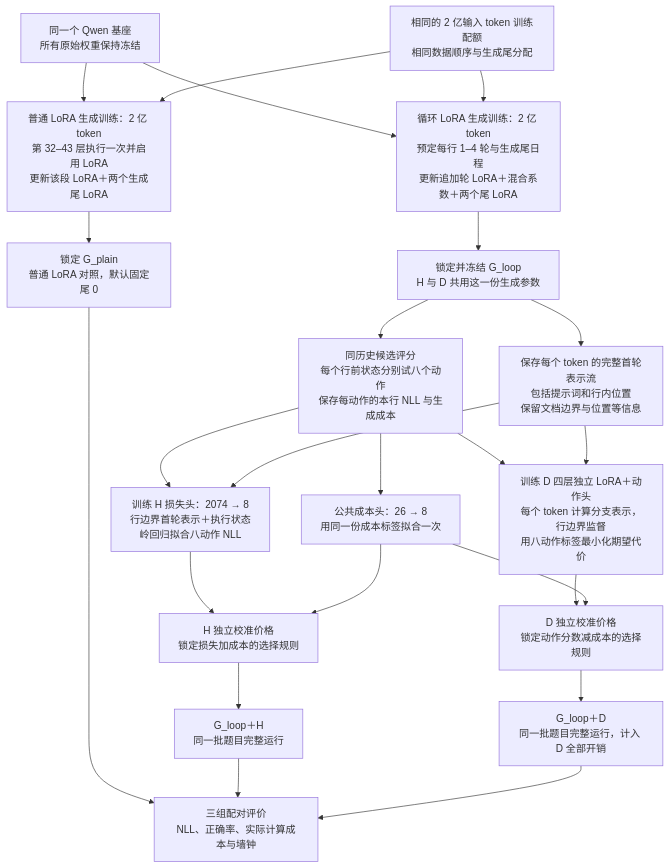
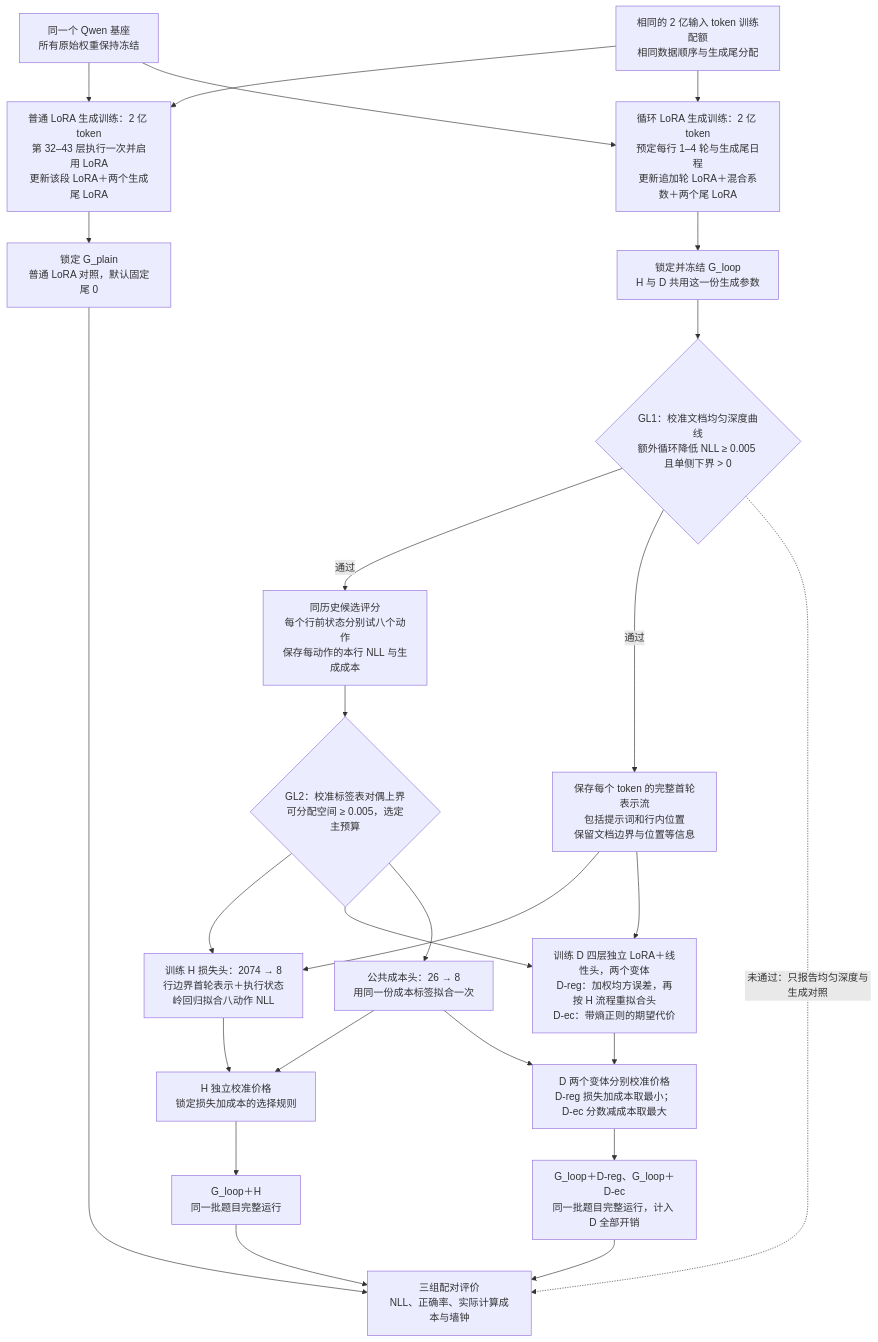
One commit to Camellia86/Jev-for-MoR-and-MoE changed the fourth of 4 diagrams in docs/ARCHITECTURE_FLOW.v4.zh-CN.md. Above: the diagram before and after it, drawn with Mermaid. The commit also changed other lines of this file and 7 other files, not shown here.

First line of the commit message:
docs: summarize experiments and freeze v4 row-loop architecture

````diff
--- a/docs/ARCHITECTURE_FLOW.v4.zh-CN.md
+++ b/docs/ARCHITECTURE_FLOW.v4.zh-CN.md
@@ -279,44 +294,49 @@
 ```mermaid
 flowchart TD
     BASE["同一个 Qwen 基座<br/>所有原始权重保持冻结"]
     DATA["相同的 2 亿输入 token 训练配额<br/>相同数据顺序与生成尾分配"]
 
     PLAIN["普通 LoRA 生成训练：2 亿 token<br/>第 32–43 层执行一次并启用 LoRA<br/>更新该段 LoRA＋两个生成尾 LoRA"]
     LOOP["循环 LoRA 生成训练：2 亿 token<br/>预定每行 1–4 轮与生成尾日程<br/>更新追加轮 LoRA＋混合系数＋两个尾 LoRA"]
     GP["锁定 G_plain<br/>普通 LoRA 对照，默认固定尾 0"]
     GL["锁定并冻结 G_loop<br/>H 与 D 共用这一份生成参数"]
 
+    GL1{"GL1：校准文档均匀深度曲线<br/>额外循环降低 NLL ≥ 0.005 且单侧下界 > 0"}
     TABLE["同历史候选评分<br/>每个行前状态分别试八个动作<br/>保存每动作的本行 NLL 与生成成本"]
     STREAM["保存每个 token 的完整首轮表示流<br/>包括提示词和行内位置<br/>保留文档边界与位置等信息"]
+    GL2{"GL2：校准标签表对偶上界<br/>可分配空间 ≥ 0.005，选定主预算"}
     COST["公共成本头：26 → 8<br/>用同一份成本标签拟合一次"]
 
     HFIT["训练 H 损失头：2074 → 8<br/>行边界首轮表示＋执行状态<br/>岭回归拟合八动作 NLL"]
-    DTRAIN["训练 D 四层独立 LoRA＋动作头<br/>每个 token 计算分支表示，行边界监督<br/>用八动作标签最小化期望代价"]
+    DTRAIN["训练 D 四层独立 LoRA＋线性头，两个变体<br/>D-reg：加权均方误差，再按 H 流程重拟合头<br/>D-ec：带熵正则的期望代价"]
 
     HCAL["H 独立校准价格<br/>锁定损失加成本的选择规则"]
-    DCAL["D 独立校准价格<br/>锁定动作分数减成本的选择规则"]
+    DCAL["D 两个变体分别校准价格<br/>D-reg 损失加成本取最小；D-ec 分数减成本取最大"]
     HEVAL["G_loop＋H<br/>同一批题目完整运行"]
-    DEVAL["G_loop＋D<br/>同一批题目完整运行，计入 D 全部开销"]
+    DEVAL["G_loop＋D-reg、G_loop＋D-ec<br/>同一批题目完整运行，计入 D 全部开销"]
     RESULT["三组配对评价<br/>NLL、正确率、实际计算成本与墙钟"]
 
     BASE --> PLAIN
     BASE --> LOOP
     DATA --> PLAIN --> GP
     DATA --> LOOP --> GL
-    GL --> TABLE
-    GL --> STREAM
-    TABLE --> HFIT
-    TABLE --> DTRAIN
-    TABLE --> COST
+    GL --> GL1
+    GL1 -->|"通过"| TABLE
+    GL1 -->|"通过"| STREAM
+    GL1 -.->|"未通过：只报告均匀深度与生成对照"| RESULT
+    TABLE --> GL2
+    GL2 --> HFIT
+    GL2 --> DTRAIN
+    GL2 --> COST
     STREAM --> HFIT
     STREAM --> DTRAIN
     HFIT --> HCAL
     DTRAIN --> DCAL
     COST --> HCAL
     COST --> DCAL
     HCAL --> HEVAL
     DCAL --> DEVAL
     GP --> RESULT
     HEVAL --> RESULT
     DEVAL --> RESULT
 ```
````
